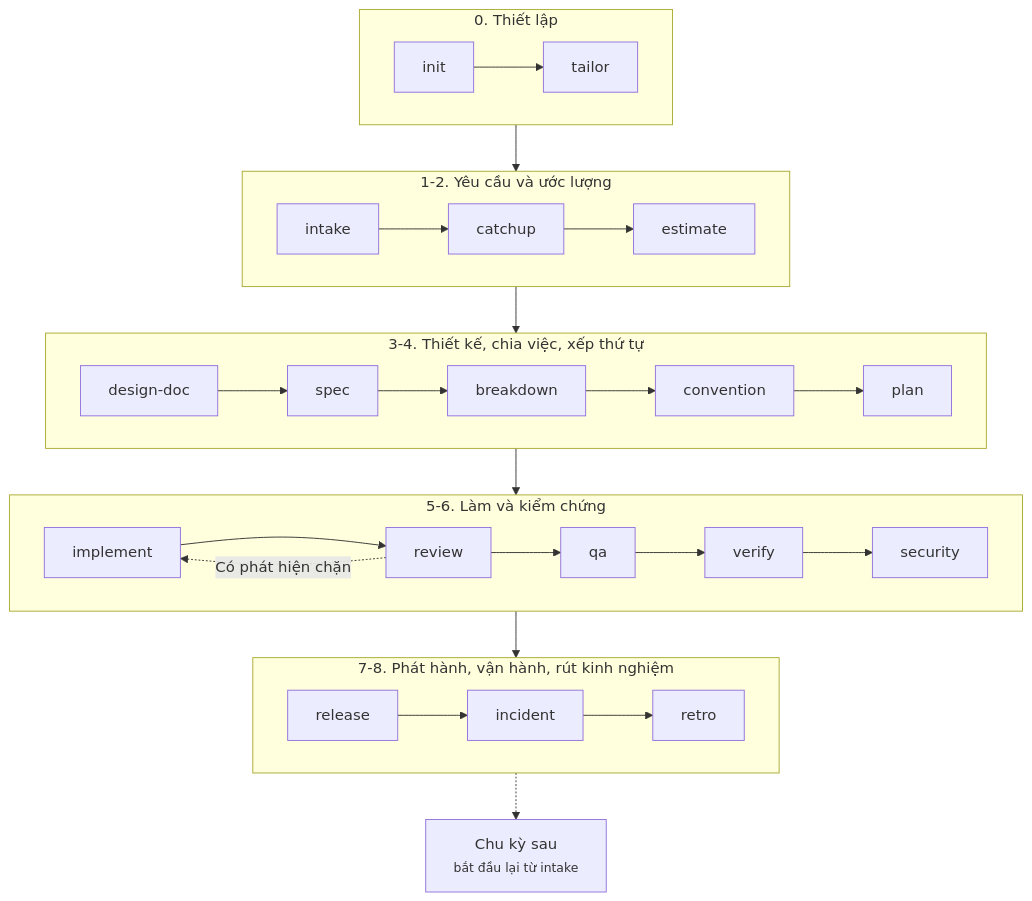
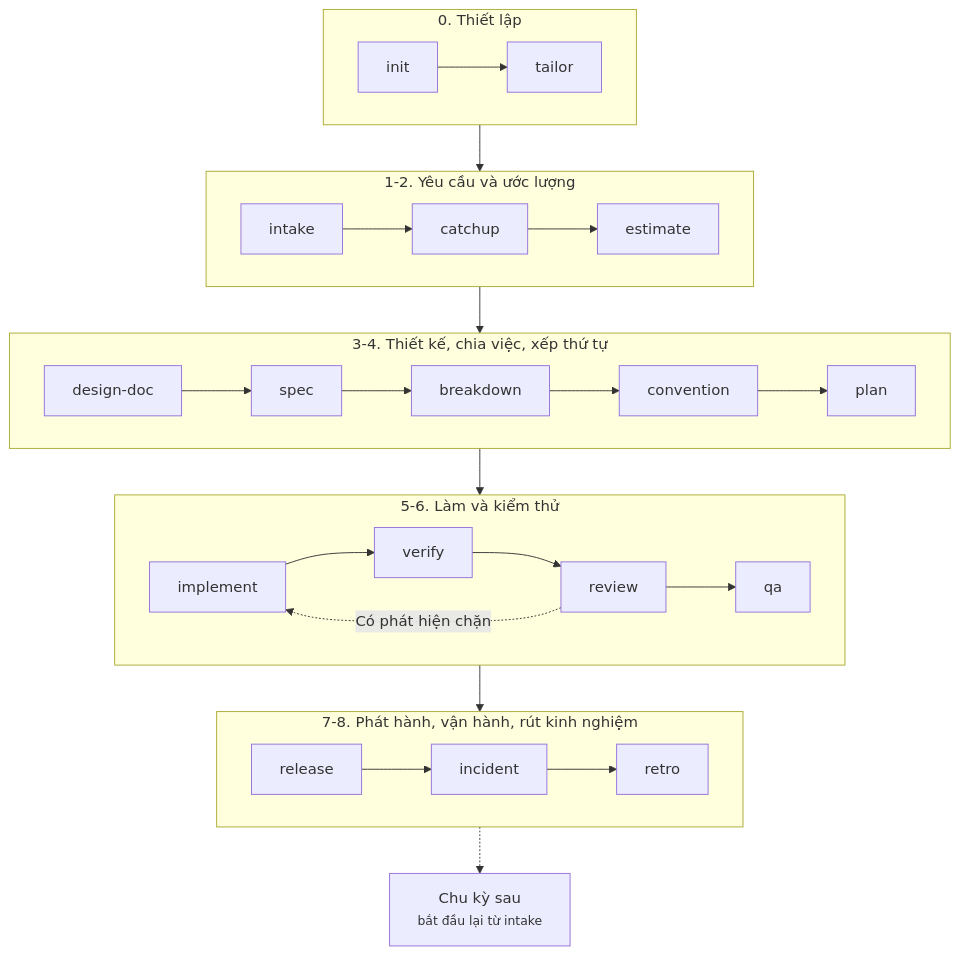
Before and after one commit to lamngockhuong/aiteamkit: the diagram in docs/vi/skills-overview.md, drawn with Mermaid. The commit also changed other lines of this file and 24 other files, not shown here.

First line of the commit message:
feat(qa)!: rename --run to --record, move verify into the build phase, take security out of the cycle (#85)

````diff
--- a/docs/vi/skills-overview.md
+++ b/docs/vi/skills-overview.md
@@ -11,26 +11,26 @@
 ```mermaid
 flowchart TD
     subgraph L0["0. Thiết lập"]
         direction LR
         I["init"] --> T["tailor"]
     end
     subgraph L1["1-2. Yêu cầu và ước lượng"]
         direction LR
         IN["intake"] --> C["catchup"] --> E["estimate"]
     end
     subgraph L2["3-4. Thiết kế, chia việc, xếp thứ tự"]
         direction LR
         D["design-doc"] --> SP["spec"] --> B["breakdown"] --> CV["convention"] --> P["plan"]
     end
-    subgraph L3["5-6. Làm và kiểm chứng"]
+    subgraph L3["5-6. Làm và kiểm thử"]
         direction LR
-        IM["implement"] --> R["review"] --> Q["qa"] --> V["verify"] --> S["security"]
+        IM["implement"] --> V["verify"] --> R["review"] --> Q["qa"]
         R -.->|Có phát hiện chặn| IM
     end
     subgraph L4["7-8. Phát hành, vận hành, rút kinh nghiệm"]
         direction LR
         RL["release"] --> IC["incident"] --> RT["retro"]
     end
     L0 --> L1 --> L2 --> L3 --> L4
     L4 -.-> NC["Chu kỳ sau<br/><small>bắt đầu lại từ intake</small>"]
 ```
````
